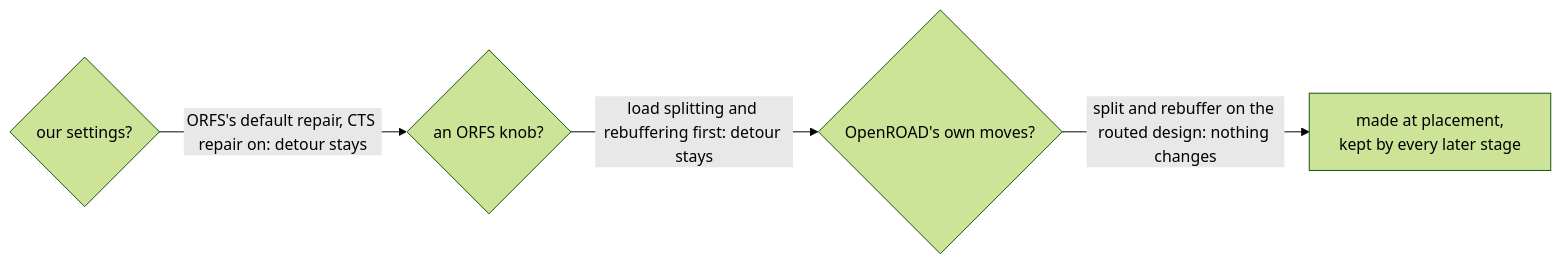
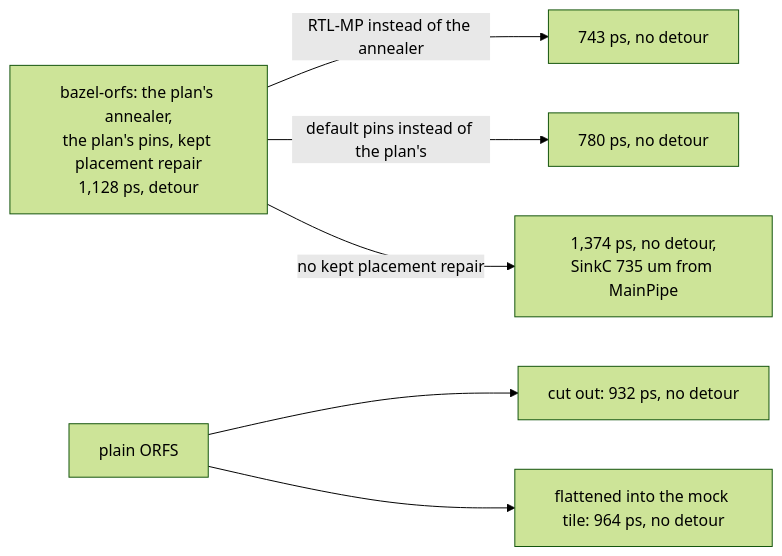
One commit to The-OpenROAD-Project/bazel-orfs changed the fourth of 5 diagrams in test/coremark_joule/xstile_mock/README.md. Above: the diagram before and after it, drawn with Mermaid (forest theme). The commit also changed other lines of this file, not shown here.

First line of the commit message:
xstile_mock: the detour is bazel-orfs's own, not CoupledL2's

````diff
--- a/test/coremark_joule/xstile_mock/README.md
+++ b/test/coremark_joule/xstile_mock/README.md
@@ -140,6 +141,9 @@
 ```mermaid
 flowchart LR
-  Q0{"our settings?"} -- "ORFS's default repair, CTS repair on: detour stays" --> Q1{"an ORFS knob?"}
-  Q1 -- "load splitting and rebuffering first: detour stays" --> Q2{"OpenROAD's own moves?"}
-  Q2 -- "split and rebuffer on the routed design: nothing changes" --> P["made at placement,<br/>kept by every later stage"]
+  B0["bazel-orfs: the plan's annealer,<br/>the plan's pins, kept placement repair<br/>1,128 ps, detour"]
+  B0 -- "RTL-MP instead of the annealer" --> B1["743 ps, no detour"]
+  B0 -- "default pins instead of the plan's" --> B2["780 ps, no detour"]
+  B0 -- "no kept placement repair" --> B3["1,374 ps, no detour,<br/>SinkC 735 um from MainPipe"]
+  O["plain ORFS"] --> A1["cut out: 932 ps, no detour"]
+  O --> A2["flattened into the mock tile: 964 ps, no detour"]
 ```
````
